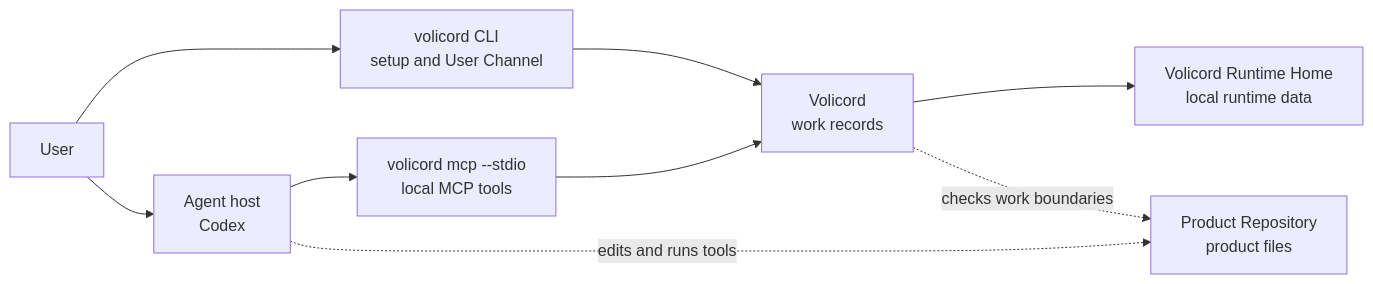
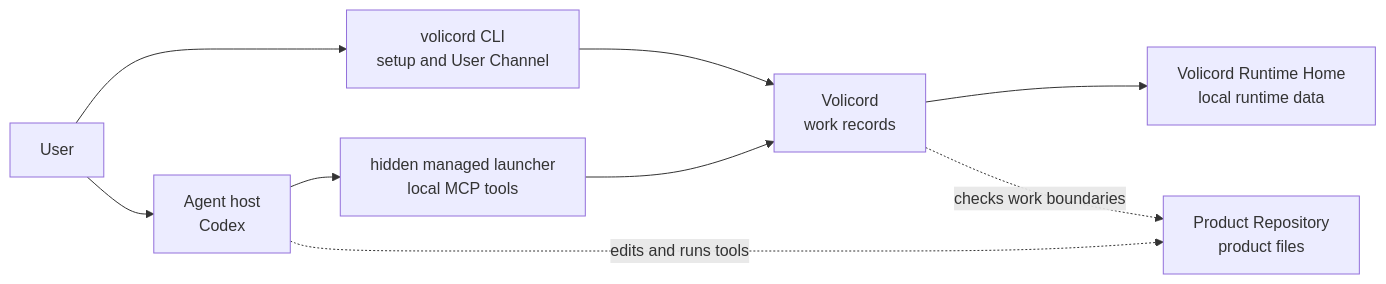
One commit to minjungw00/Volicord changed the first of 2 diagrams in README.md. Above: the diagram before and after it, drawn with Mermaid. The commit also changed 55 other files, not shown here.

````diff
--- a/README.md
+++ b/README.md
@@ -153,19 +153,19 @@
 ```mermaid
 flowchart LR
   user["User"]
   host["Agent host<br/>Codex"]
-  mcp["volicord mcp --stdio<br/>local MCP tools"]
+  mcp["hidden managed launcher<br/>local MCP tools"]
   record["Volicord<br/>work records"]
   runtime["Volicord Runtime Home<br/>local runtime data"]
   repo["Product Repository<br/>product files"]
   cli["volicord CLI<br/>setup and User Channel"]
 
   user --> host
   host --> mcp
   mcp --> record
   record --> runtime
   user --> cli
   cli --> record
   host -. edits and runs tools .-> repo
   record -. checks work boundaries .-> repo
 ```
````
